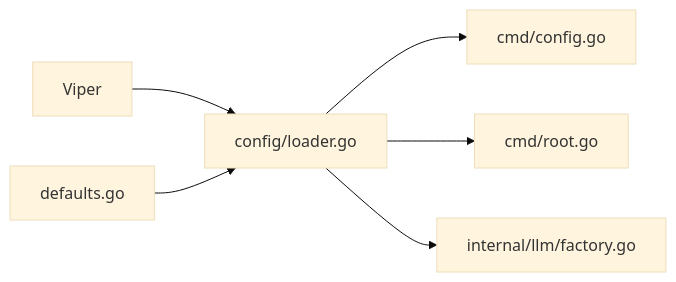
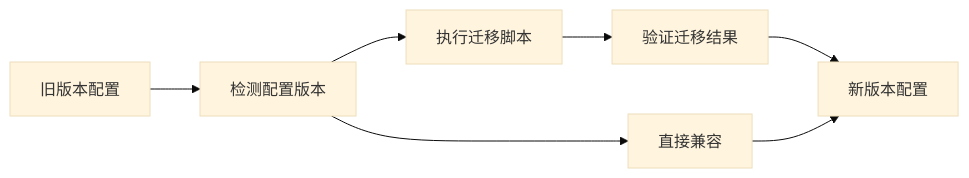
The fourth of 4 diagrams in .qoder/repowiki/zh/content/配置管理.md (zwh8800/cdnd), drawn with Mermaid (base theme) before and after one commit. The commit also changed other lines of this file and 11 other files, not shown here.

````diff
--- a/.qoder/repowiki/zh/content/配置管理.md
+++ b/.qoder/repowiki/zh/content/配置管理.md
@@ -320,8 +356,9 @@
 ```mermaid
-graph LR
-V["Viper"] --> LDR["config/loader.go"]
-DEF["defaults.go"] --> LDR
-LDR --> CMDCFG["cmd/config.go"]
-LDR --> ROOT["cmd/root.go"]
-LDR --> FCT["internal/llm/factory.go"]
+flowchart LR
+Old["旧版本配置"] --> Detect["检测配置版本"]
+Detect --> Migration["执行迁移脚本"]
+Migration --> Validate["验证迁移结果"]
+Validate --> New["新版本配置"]
+Detect --> Direct["直接兼容"]
+Direct --> New
 ```
````
